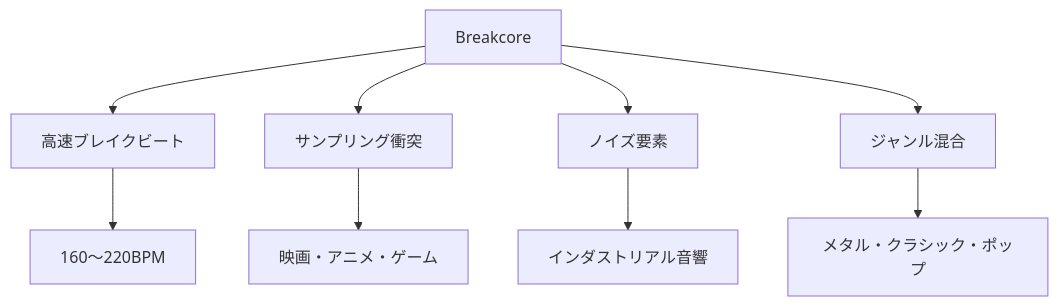
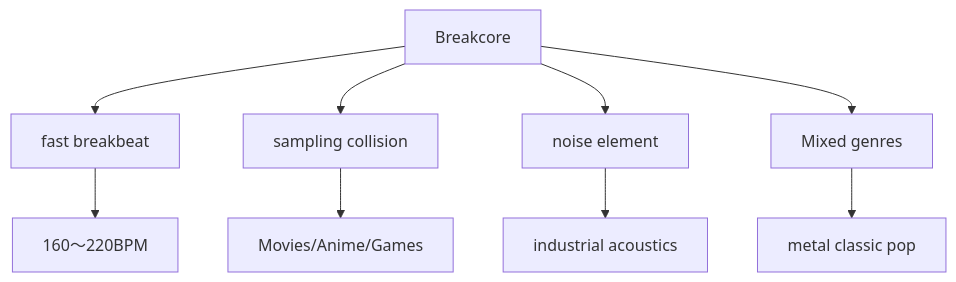
Before and after one commit to monumental-movement/monumental-movement.github.io: the second of 2 diagrams in en/_posts/2026-03-14-column-why-breakcore-is-suddenly-back.md, drawn with Mermaid. The commit also changed other lines of this file and 801 other files, not shown here.

```diff
--- a/en/_posts/2026-03-14-column-why-breakcore-is-suddenly-back.md
+++ b/en/_posts/2026-03-14-column-why-breakcore-is-suddenly-back.md
@@ -292,13 +293,13 @@
 <div class="mermaid">
 graph TD
-A[Breakcore] --> B[高速ブレイクビート]
-A --> C[サンプリング衝突]
-A --> D[ノイズ要素]
-A --> E[ジャンル混合]
+A[Breakcore] --> B[fast breakbeat]
+A --> C[sampling collision]
+A --> D[noise element]
+A --> E[Mixed genres]
 
 B --> F[160〜220BPM]
-C --> G[映画・アニメ・ゲーム]
-D --> H[インダストリアル音響]
-E --> I[メタル・クラシック・ポップ]
+C --> G[Movies/Anime/Games]
+D --> H[industrial acoustics]
+E --> I[metal classic pop]
 
 </div>
```
